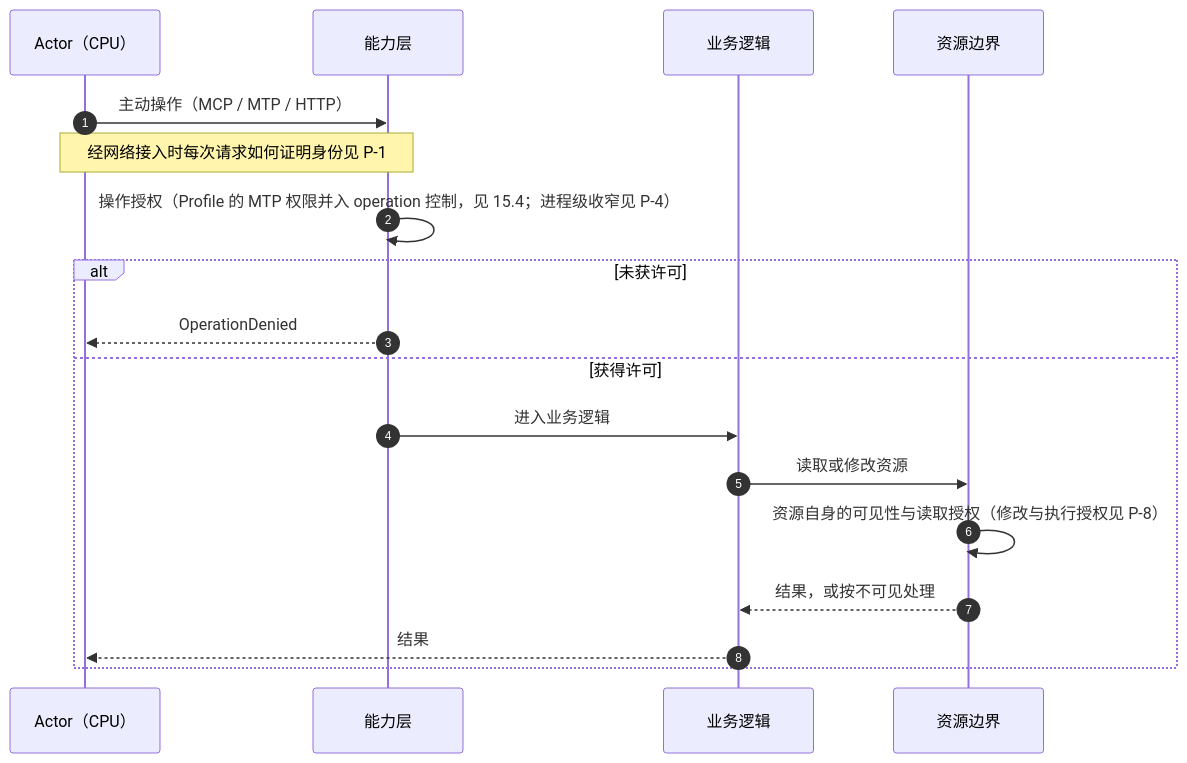
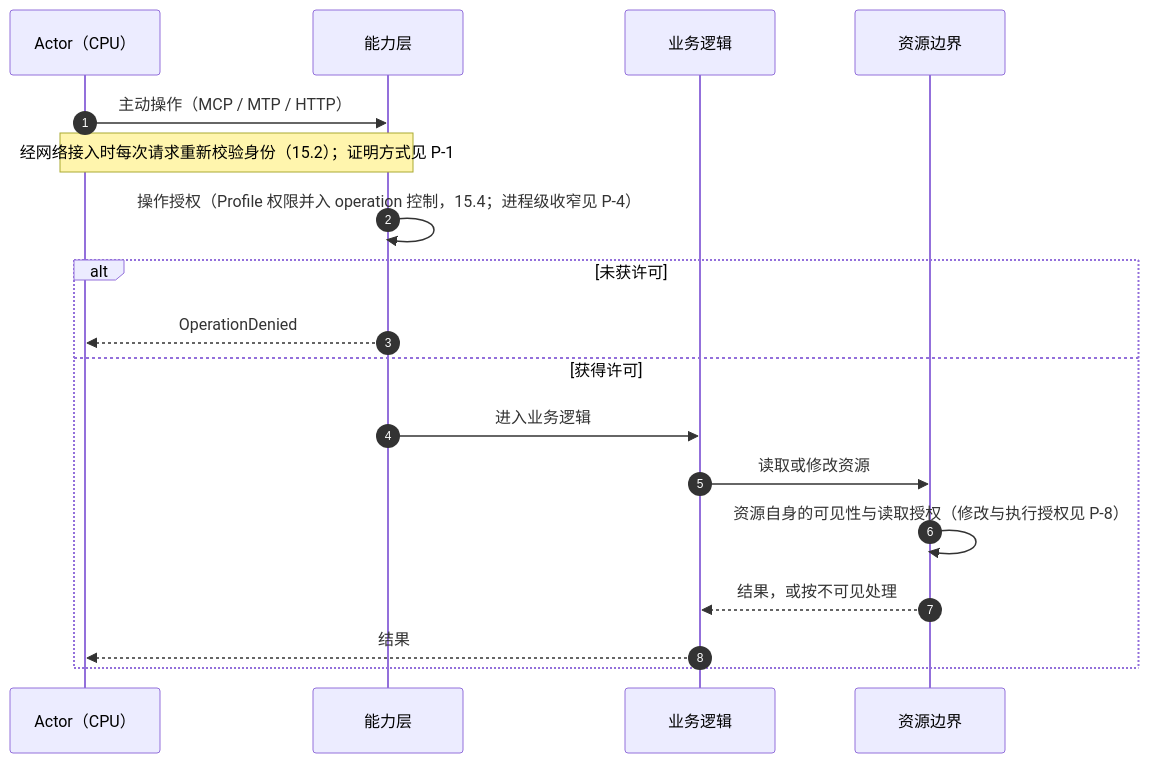
Before and after one commit to artemis03976/HiveMemory: the fifth of 5 diagrams in docs/ideas/workspace-network-task-process-architecture.md, drawn with Mermaid. The commit also changed other lines of this file and 131 other files, not shown here.

````diff
--- a/docs/ideas/workspace-network-task-process-architecture.md
+++ b/docs/ideas/workspace-network-task-process-architecture.md
@@ -646,20 +743,20 @@
 ```mermaid
 sequenceDiagram
     autonumber
     participant A as Actor（CPU）
     participant C as 能力层
     participant B as 业务逻辑
     participant R as 资源边界
     A->>C: 主动操作（MCP / MTP / HTTP）
-    Note over A,C: 经网络接入时每次请求如何证明身份见 P-1
-    C->>C: 操作授权（Profile 的 MTP 权限并入 operation 控制，见 15.4；进程级收窄见 P-4）
+    Note over A,C: 经网络接入时每次请求重新校验身份（15.2）；证明方式见 P-1
+    C->>C: 操作授权（Profile 权限并入 operation 控制，15.4；进程级收窄见 P-4）
     alt 未获许可
         C-->>A: OperationDenied
     else 获得许可
         C->>B: 进入业务逻辑
         B->>R: 读取或修改资源
         R->>R: 资源自身的可见性与读取授权（修改与执行授权见 P-8）
         R-->>B: 结果，或按不可见处理
         B-->>A: 结果
     end
 ```
````
